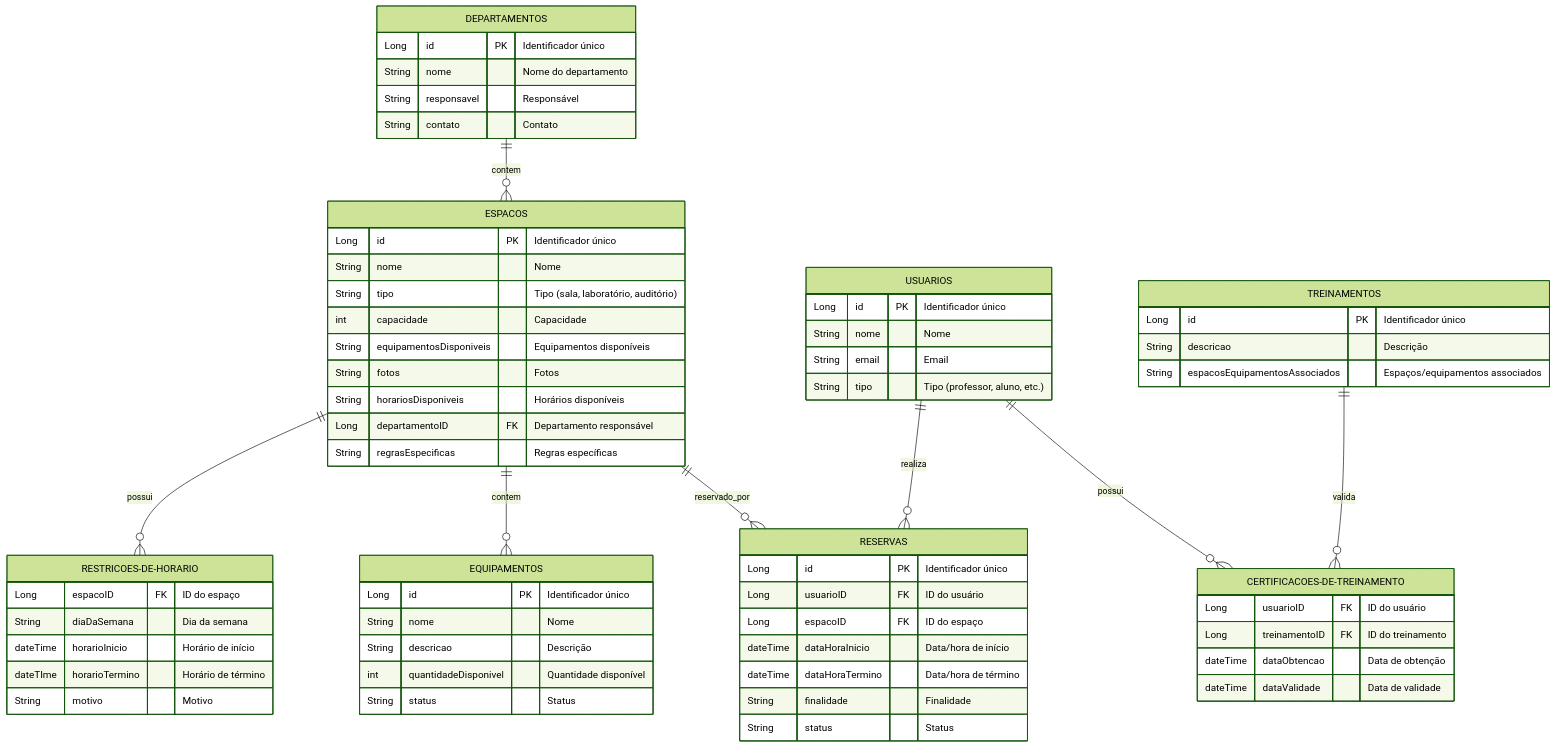
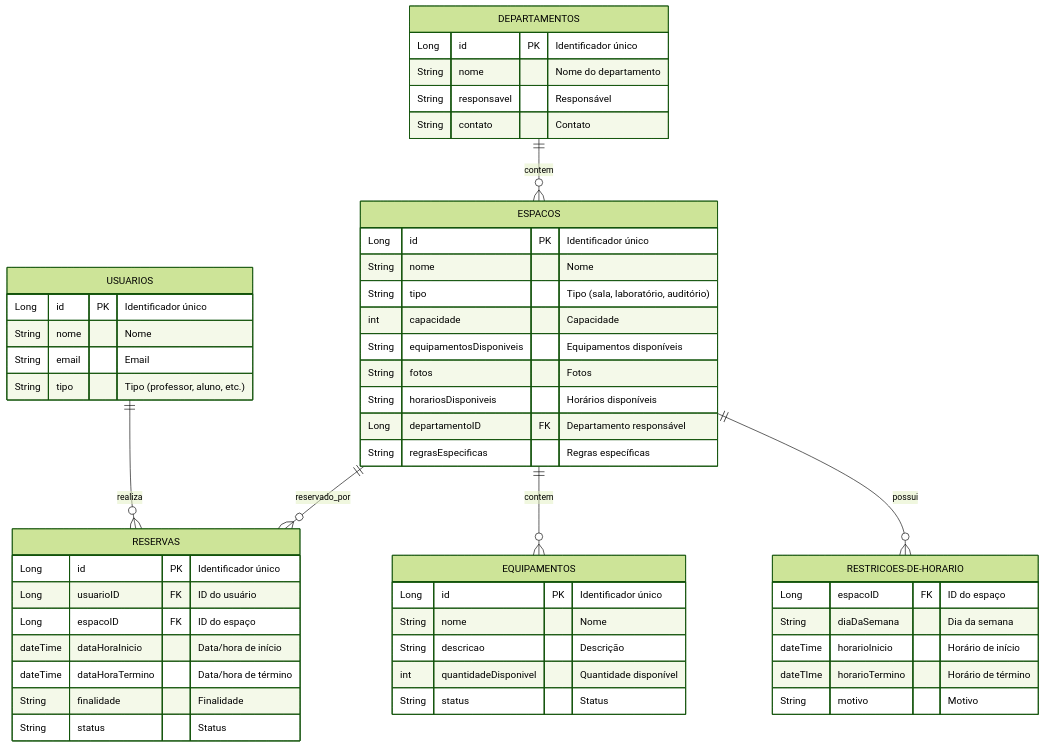
One commit to AdnRamos/Sistema_de_Reservas_de_Espacos_em_Universidade changed the second of 4 diagrams in README.md. Above: the diagram before and after it, drawn with Mermaid (forest theme).

Commit message:
Update README.md
atualização do ER

````diff
--- a/README.md
+++ b/README.md
@@ -82,76 +82,61 @@
 ```mermaid
 erDiagram
     DEPARTAMENTOS ||--o{ ESPACOS : contem
-    USUARIOS ||--o{ CERTIFICACOES-DE-TREINAMENTO : possui
     USUARIOS ||--o{ RESERVAS : realiza
-    TREINAMENTOS ||--o{ CERTIFICACOES-DE-TREINAMENTO : valida
     ESPACOS ||--o{ RESERVAS : reservado_por
     ESPACOS ||--o{ EQUIPAMENTOS : contem
     ESPACOS ||--o{ RESTRICOES-DE-HORARIO : possui
 
     DEPARTAMENTOS {
         Long id PK "Identificador único"
         String nome "Nome do departamento"
         String responsavel "Responsável"
         String contato "Contato"
     }
 
     ESPACOS {
         Long id PK "Identificador único"
         String nome "Nome"
         String tipo "Tipo (sala, laboratório, auditório)"
         int capacidade "Capacidade"
         String equipamentosDisponiveis "Equipamentos disponíveis"
         String fotos "Fotos"
         String horariosDisponiveis "Horários disponíveis"
         Long departamentoID FK "Departamento responsável"
         String regrasEspecificas "Regras específicas"
     }
 
     USUARIOS {
         Long id PK "Identificador único"
         String nome "Nome"
         String email "Email"
         String tipo "Tipo (professor, aluno, etc.)"
     }
 
     RESERVAS {
         Long id PK "Identificador único"
         Long usuarioID FK "ID do usuário"
         Long espacoID FK "ID do espaço"
         dateTime dataHoraInicio "Data/hora de início"
         dateTime dataHoraTermino "Data/hora de término"
         String finalidade "Finalidade"
         String status "Status"
     }
 
     EQUIPAMENTOS {
         Long id PK "Identificador único"
         String nome "Nome"
         String descricao "Descrição"
         int quantidadeDisponivel "Quantidade disponível"
         String status "Status"
     }
 
-    TREINAMENTOS {
-        Long id PK "Identificador único"
-        String descricao "Descrição"
-        String espacosEquipamentosAssociados "Espaços/equipamentos associados"
-    }
-
-    CERTIFICACOES-DE-TREINAMENTO {
-        Long usuarioID FK "ID do usuário"
-        Long treinamentoID FK "ID do treinamento"
-        dateTime dataObtencao "Data de obtenção"
-        dateTime dataValidade "Data de validade"
-    }
-
     RESTRICOES-DE-HORARIO {
         Long espacoID FK "ID do espaço"
         String diaDaSemana "Dia da semana"
         dateTime horarioInicio "Horário de início"
         dateTIme horarioTermino "Horário de término"
         String motivo "Motivo"
     }
 
 ```
````
